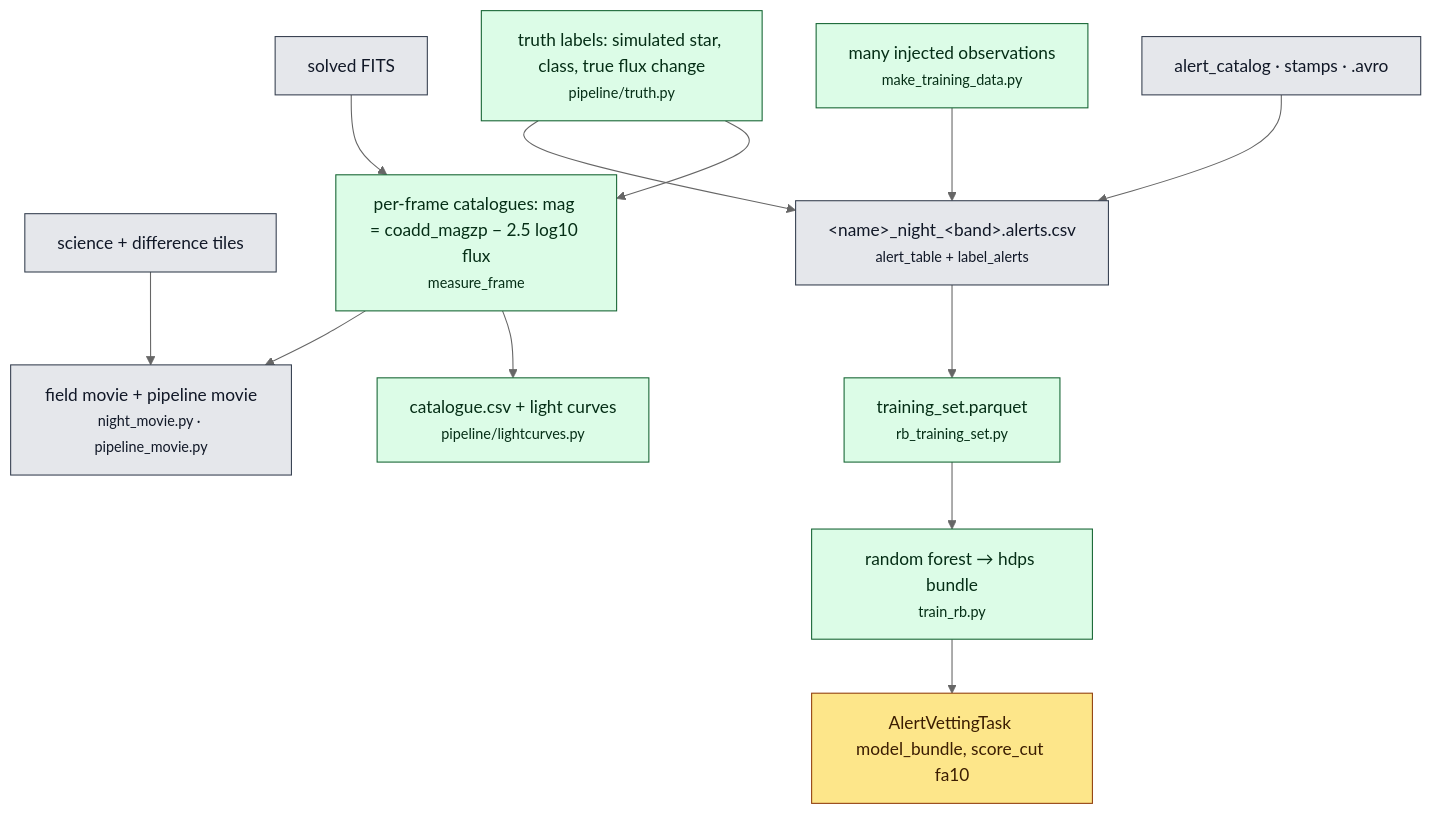
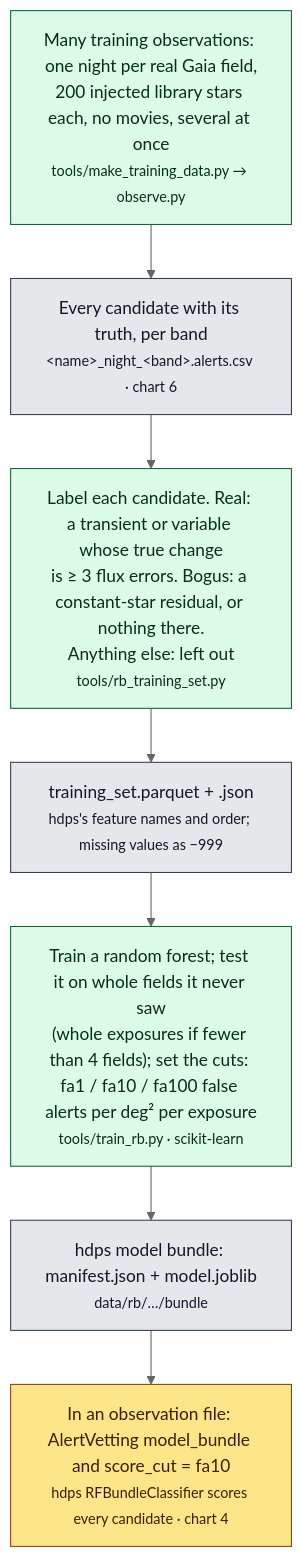
One commit to nialljmiller/MESA_Argus changed the seventh of 7 diagrams in docs/PIPELINE.md. Above: the diagram before and after it, drawn with Mermaid (neutral theme). The commit also changed other lines of this file and 1 other file, not shown here.

````diff
--- a/docs/PIPELINE.md
+++ b/docs/PIPELINE.md
@@ -145,28 +270,16 @@
 ```mermaid
 flowchart TD
   classDef ours fill:#dcfce7,stroke:#166534,color:#052e16
   classDef hdps fill:#fde68a,stroke:#92400e,color:#3b1d02
   classDef out fill:#e5e7eb,stroke:#374151,color:#111827
 
-  SOLVED["solved FITS"]:::out
-  ALERTS["alert_catalog · stamps · .avro"]:::out
-  TILES["science + difference tiles"]:::out
-  CAT["per-frame catalogues: mag = coadd_magzp − 2.5 log10 flux<br/><small>measure_frame</small>"]:::ours
-  TRUTH["truth labels: simulated star, class, true flux change<br/><small>pipeline/truth.py</small>"]:::ours
-  LC["catalogue.csv + light curves<br/><small>pipeline/lightcurves.py</small>"]:::ours
-  AT["&lt;name&gt;_night_&lt;band&gt;.alerts.csv<br/><small>alert_table + label_alerts</small>"]:::out
-  MOV["field movie + pipeline movie<br/><small>night_movie.py · pipeline_movie.py</small>"]:::out
-  INJ["many injected observations<br/><small>make_training_data.py</small>"]:::ours
-  SET["training_set.parquet<br/><small>rb_training_set.py</small>"]:::ours
-  RF["random forest → hdps bundle<br/><small>train_rb.py</small>"]:::ours
-  USE["AlertVettingTask model_bundle, score_cut fa10"]:::hdps
+  RUNS["Many training observations: one night per real Gaia field,<br/>200 injected library stars each, no movies, several at once<br/><small>tools/make_training_data.py → observe.py</small>"]:::ours
+  AT["Every candidate with its truth, per band<br/><small>&lt;name&gt;_night_&lt;band&gt;.alerts.csv · chart 6</small>"]:::out
+  LABEL["Label each candidate. Real: a transient or variable whose true change<br/>is ≥ 3 flux errors. Bogus: a constant-star residual, or nothing there.<br/>Anything else: left out<br/><small>tools/rb_training_set.py</small>"]:::ours
+  SET["training_set.parquet + .json<br/><small>hdps's feature names and order; missing values as −999</small>"]:::out
+  TRAIN["Train a random forest; test it on whole fields it never saw<br/>(whole exposures if fewer than 4 fields); set the cuts: fa1 / fa10 / fa100 false alerts per deg² per exposure<br/><small>tools/train_rb.py · scikit-learn</small>"]:::ours
+  BUNDLE["hdps model bundle: manifest.json + model.joblib<br/><small>data/rb/…/bundle</small>"]:::out
+  USE["In an observation file: AlertVetting model_bundle and score_cut = fa10<br/><small>hdps RFBundleClassifier scores every candidate · chart 4</small>"]:::hdps
 
-  SOLVED --> CAT --> LC
-  TRUTH --> CAT
-  ALERTS --> AT
-  TRUTH --> AT
-  TILES --> MOV
-  CAT --> MOV
-  INJ --> AT
-  AT --> SET --> RF --> USE
+  RUNS --> AT --> LABEL --> SET --> TRAIN --> BUNDLE --> USE
 ```
````
